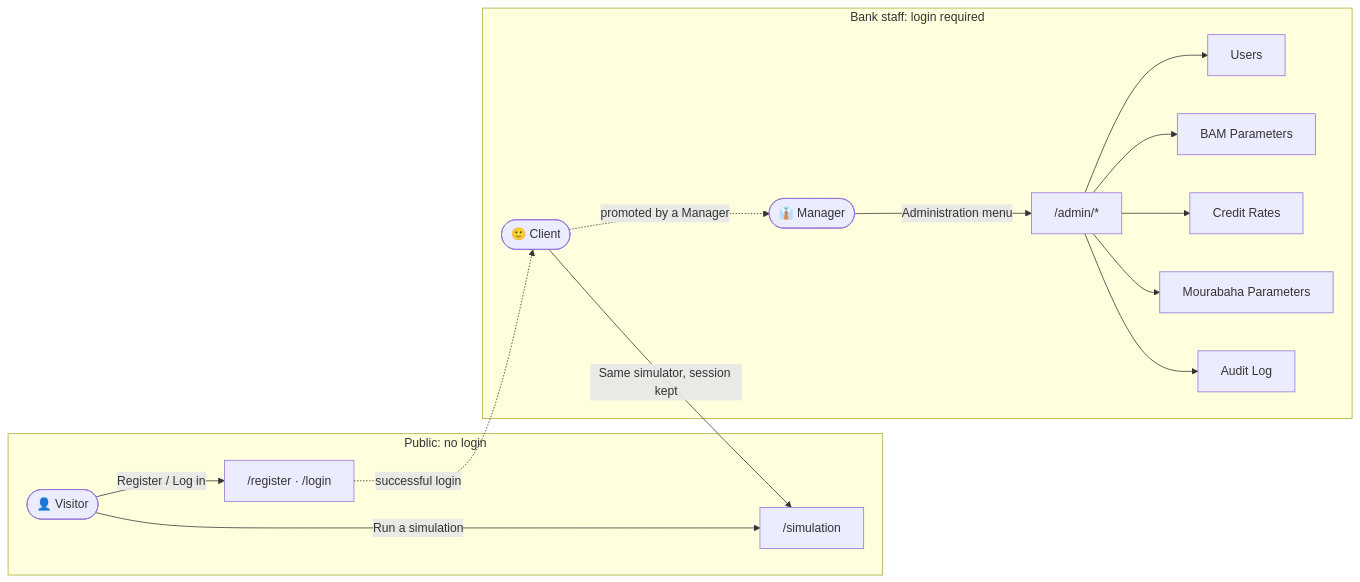
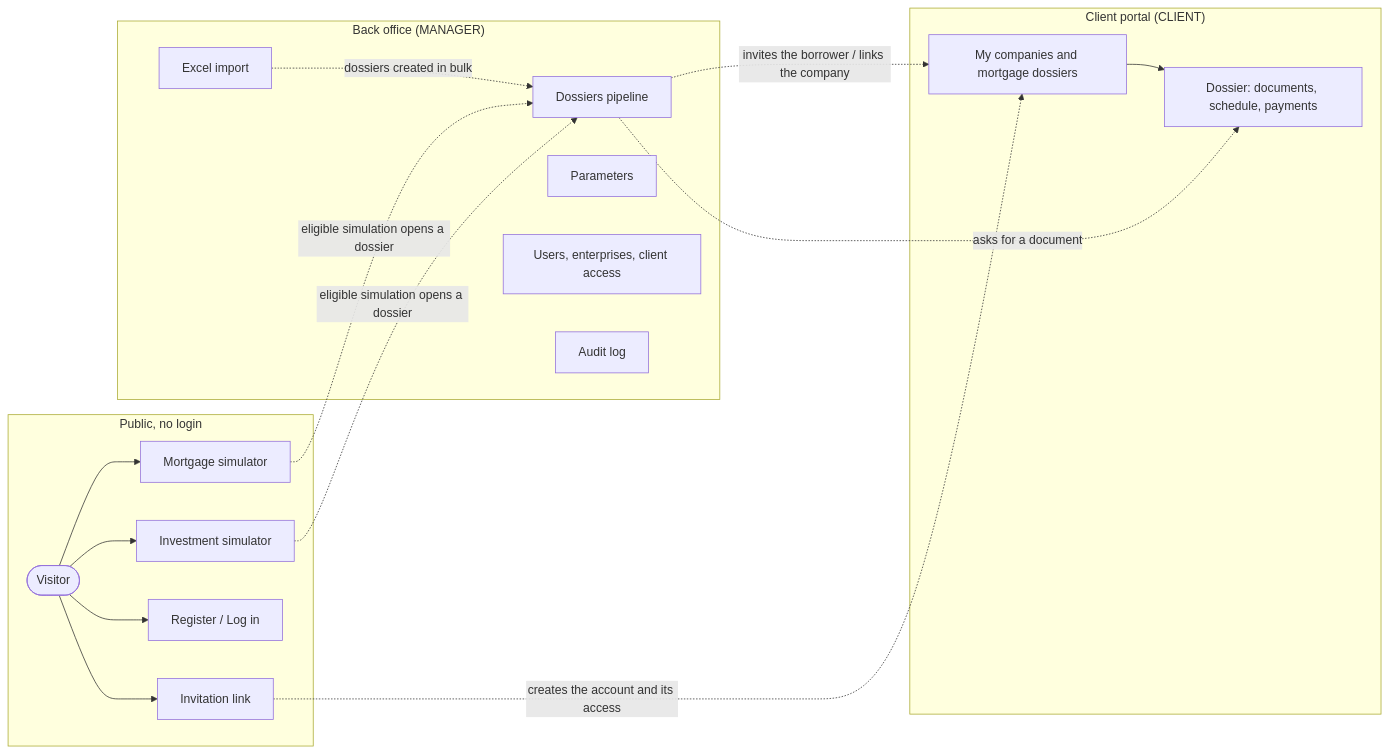
The diagram in docs/business-workflow.md (LouziAmine/---Bladi-Credit-Portal---), drawn with Mermaid before and after one commit. The commit also changed other lines of this file and 529 other files, not shown here.

Commit message:
Bladi Credit Portal Release/2.1.0

````diff
--- a/docs/business-workflow.md
+++ b/docs/business-workflow.md
@@ -37,20 +22,27 @@
 ```mermaid
 flowchart LR
-    subgraph Public["Public: no login"]
-        Visitor(["👤 Visitor"]) -->|"Run a simulation"| Sim["/simulation"]
-        Visitor -->|"Register / Log in"| Auth["/register · /login"]
+    subgraph Public["Public, no login"]
+        V(["Visitor"]) --> MS["Mortgage simulator"]
+        V --> IS["Investment simulator"]
+        V --> AU["Register / Log in"]
+        V --> INV["Invitation link"]
     end
-
-    subgraph Staff["Bank staff: login required"]
-        Client(["🙂 Client"]) -->|"Same simulator, session kept"| Sim
-        Manager(["👔 Manager"]) -->|"Administration menu"| Admin["/admin/*"]
-        Admin --> Users["Users"]
-        Admin --> Bam["BAM Parameters"]
-        Admin --> Rates["Credit Rates"]
-        Admin --> Mour["Mourabaha Parameters"]
-        Admin --> Log["Audit Log"]
+    subgraph Bank["Back office (MANAGER)"]
+        D["Dossiers pipeline"]
+        P["Parameters"]
+        U["Users, enterprises, client access"]
+        L["Audit log"]
+        X["Excel import"]
     end
-
-    Auth -.->|"successful login"| Client
-    Client -.->|"promoted by a Manager"| Manager
+    subgraph Portal["Client portal (CLIENT)"]
+        PF["My companies and mortgage dossiers"]
+        DD["Dossier: documents, schedule, payments"]
+    end
+    MS -. "eligible simulation opens a dossier" .-> D
+    IS -. "eligible simulation opens a dossier" .-> D
+    X -. "dossiers created in bulk" .-> D
+    D -. "invites the borrower / links the company" .-> PF
+    D -. "asks for a document" .-> DD
+    INV -. "creates the account and its access" .-> PF
+    PF --> DD
 ```
````
